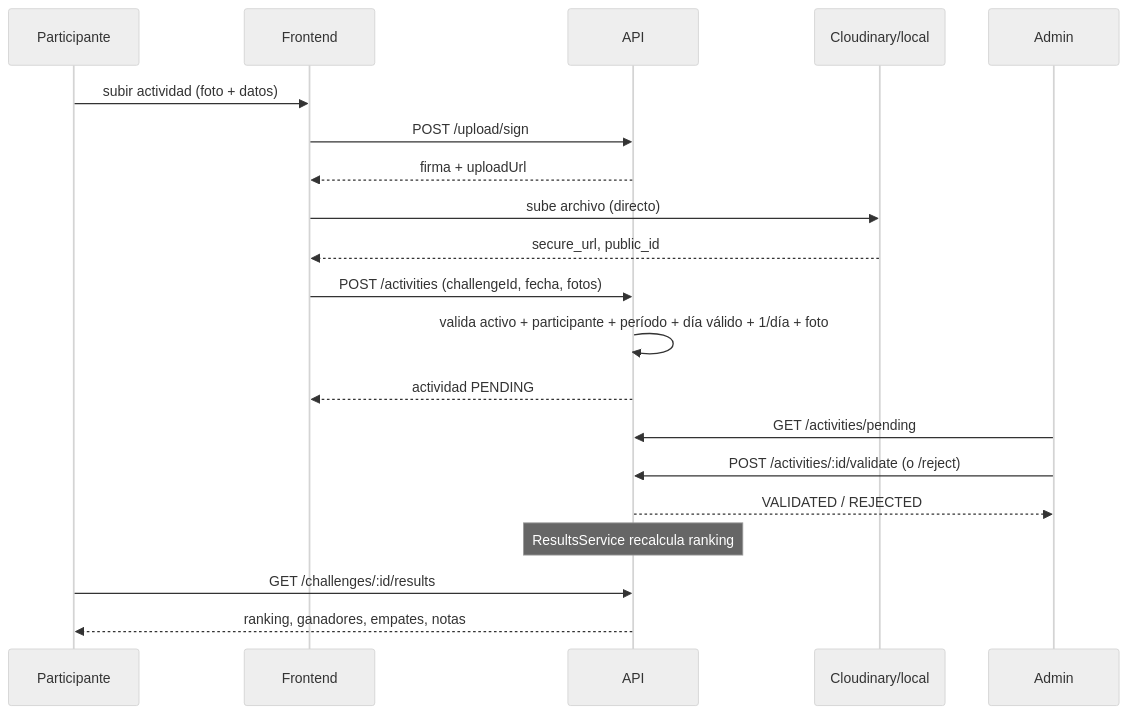
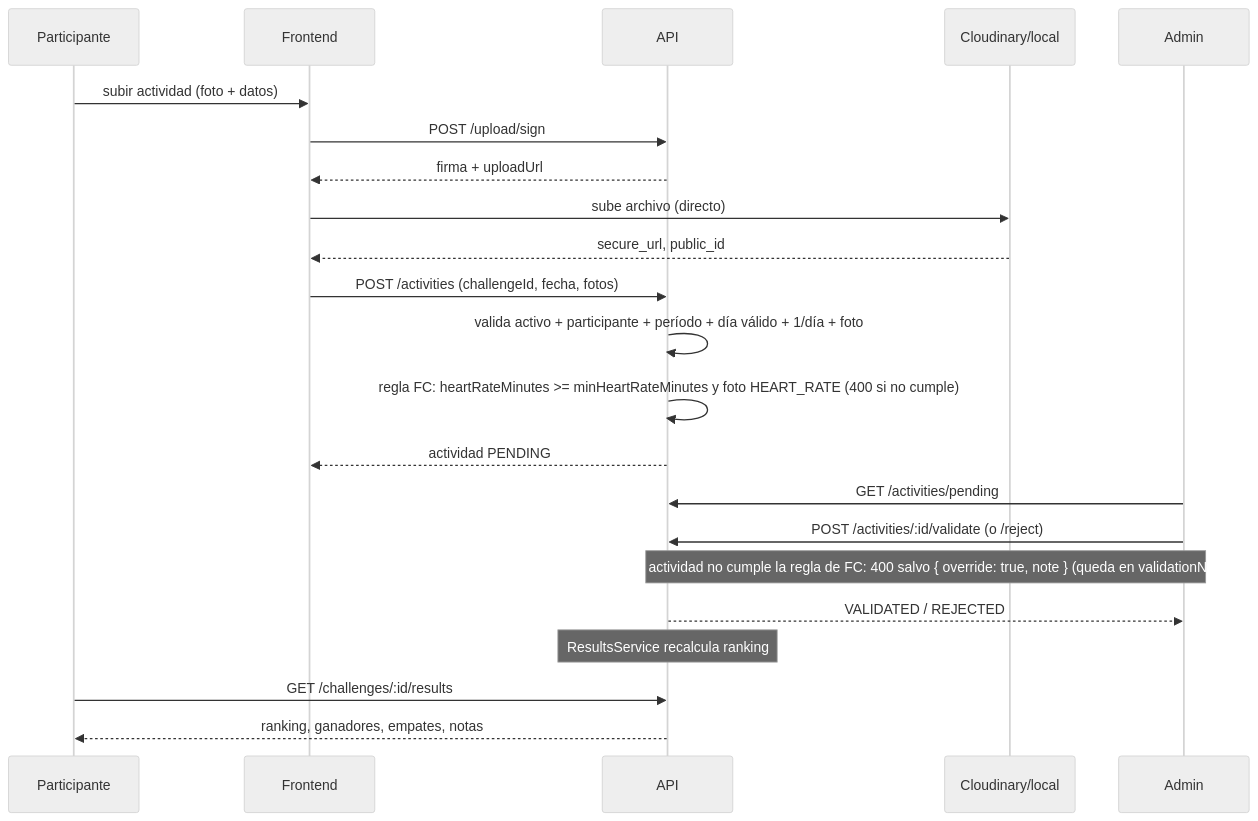
The eighth of 12 diagrams in docs/architecture.md (Professional-and-Personal-Branding/reto-constancia-mvp), drawn with Mermaid (neutral theme) before and after one commit. The commit also changed other lines of this file and 26 other files, not shown here.

First line of the commit message:
feat(activities): enforce heart-rate minutes rule with admin override and import warnings

````diff
--- a/docs/architecture.md
+++ b/docs/architecture.md
@@ -192,25 +195,27 @@
 ```mermaid
 sequenceDiagram
   participant P as Participante
   participant FE as Frontend
   participant API as API
   participant CL as Cloudinary/local
   participant A as Admin
 
   P->>FE: subir actividad (foto + datos)
   FE->>API: POST /upload/sign
   API-->>FE: firma + uploadUrl
   FE->>CL: sube archivo (directo)
   CL-->>FE: secure_url, public_id
   FE->>API: POST /activities (challengeId, fecha, fotos)
   API->>API: valida activo + participante + período + día válido + 1/día + foto
+  API->>API: regla FC: heartRateMinutes >= minHeartRateMinutes y foto HEART_RATE (400 si no cumple)
   API-->>FE: actividad PENDING
 
   A->>API: GET /activities/pending
   A->>API: POST /activities/:id/validate (o /reject)
+  Note over A,API: si la actividad no cumple la regla de FC: 400 salvo { override: true, note } (queda en validationNote)
   API-->>A: VALIDATED / REJECTED
 
   Note over API: ResultsService recalcula ranking
   P->>API: GET /challenges/:id/results
   API-->>P: ranking, ganadores, empates, notas
 ```
````
